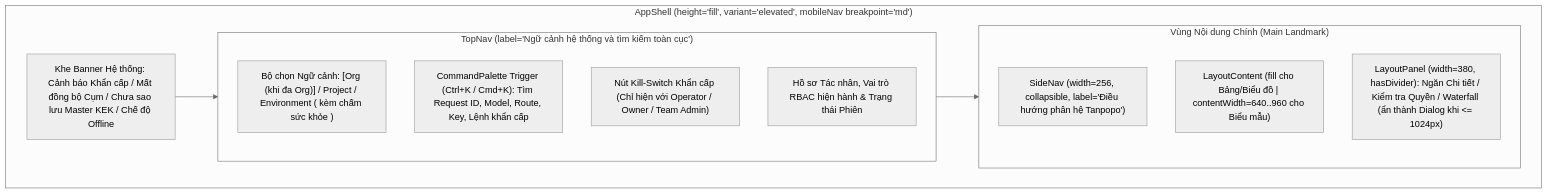
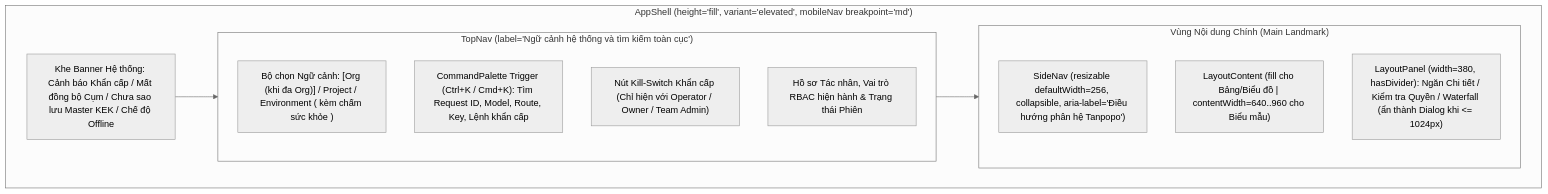
Before and after one commit to nguywnben/tanpopo: the diagram in docs/ux/information-architecture.md, drawn with Mermaid (neutral theme). The commit also changed 19 other files, not shown here.

````diff
--- a/docs/ux/information-architecture.md
+++ b/docs/ux/information-architecture.md
@@ -27,18 +27,18 @@
 ```mermaid
 flowchart TB
     subgraph Shell["AppShell (height='fill', variant='elevated', mobileNav breakpoint='md')"]
         BannerSlot["Khe Banner Hệ thống: Cảnh báo Khẩn cấp / Mất đồng bộ Cụm / Chưa sao lưu Master KEK / Chế độ Offline"]
         subgraph TopBar["TopNav (label='Ngữ cảnh hệ thống và tìm kiếm toàn cục')"]
             CtxSwitch["Bộ chọn Ngữ cảnh: [Org (khi đa Org)] / Project / Environment ( kèm chấm sức khỏe )"]
             CmdSearch["CommandPalette Trigger (Ctrl+K / Cmd+K): Tìm Request ID, Model, Route, Key, Lệnh khẩn cấp"]
             QuickKill["Nút Kill-Switch Khẩn cấp (Chỉ hiện với Operator / Owner / Team Admin)"]
             UserMenu["Hồ sơ Tác nhân, Vai trò RBAC hiện hành & Trạng thái Phiên"]
         end
         subgraph BodyArea["Vùng Nội dung Chính (Main Landmark)"]
-            SideRail["SideNav (width=256, collapsible, label='Điều hướng phân hệ Tanpopo')"]
+            SideRail["SideNav (resizable defaultWidth=256, collapsible, aria-label='Điều hướng phân hệ Tanpopo')"]
             Workspace["LayoutContent (fill cho Bảng/Biểu đồ | contentWidth=640..960 cho Biểu mẫu)"]
             Inspector["LayoutPanel (width=380, hasDivider): Ngăn Chi tiết / Kiểm tra Quyền / Waterfall (ẩn thành Dialog khi <= 1024px)"]
         end
     end
     BannerSlot --> TopBar --> BodyArea
 ```
````
